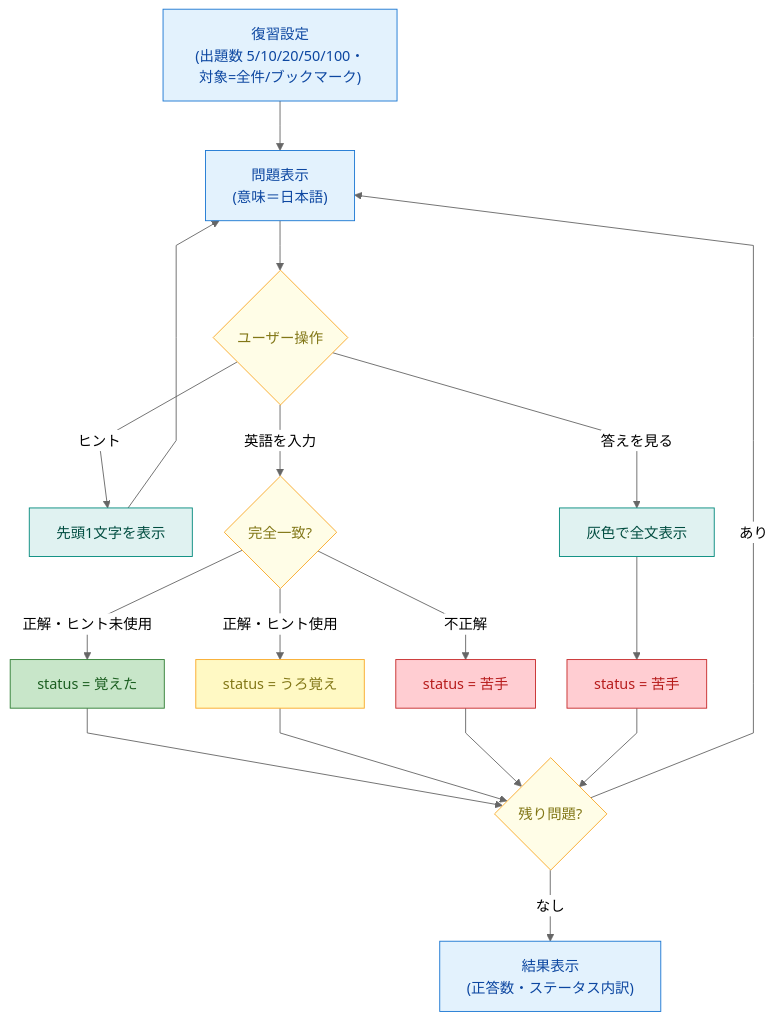
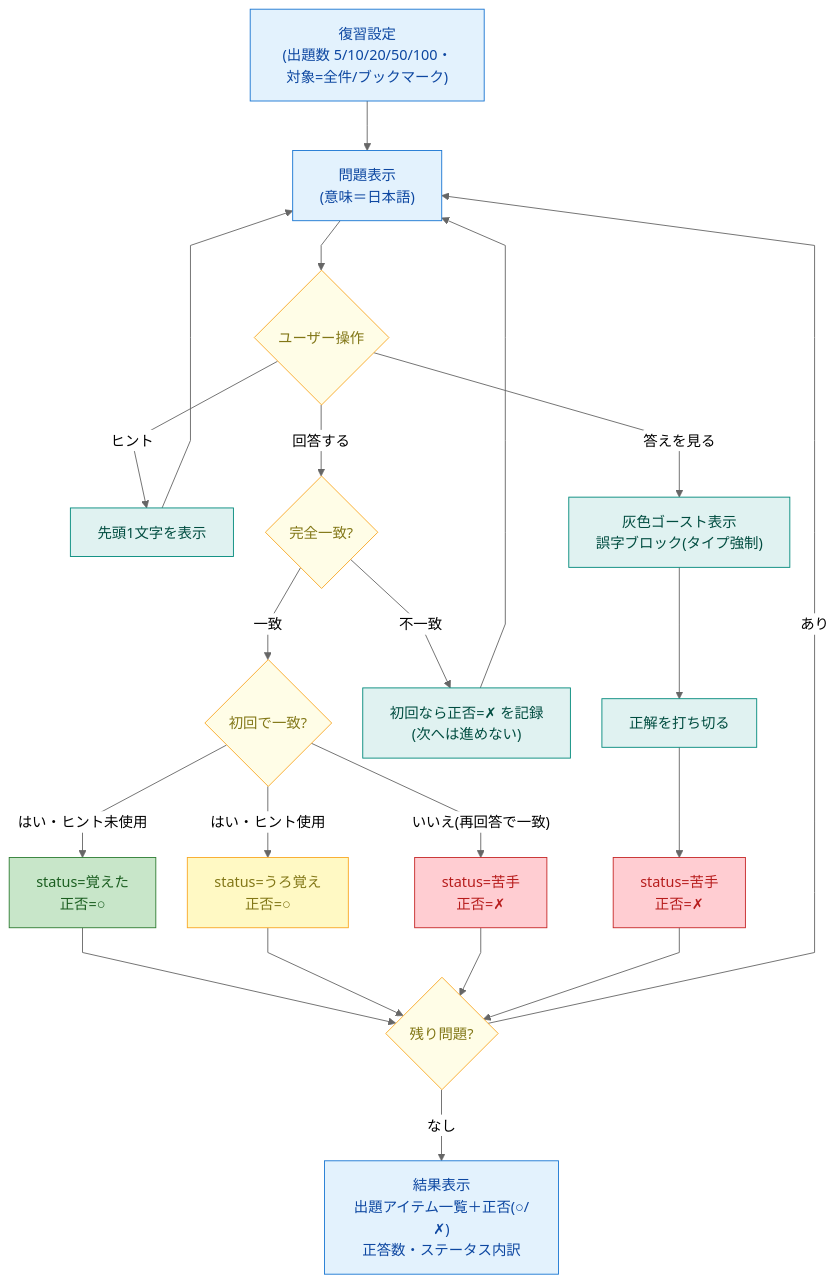
One commit to komikonkon/Rakuku changed the fifth of 5 diagrams in docs/screen-flow.md. Above: the diagram before and after it, drawn with Mermaid (neutral theme). The commit also changed other lines of this file and 3 other files, not shown here.

First line of the commit message:
Add typing-recall review rules: retryable answer, type-forcing reveal, result list

````diff
--- a/docs/screen-flow.md
+++ b/docs/screen-flow.md
@@ -106,30 +106,32 @@
 ```mermaid
 %%{init: {'flowchart': {'curve': 'linear', 'nodeSpacing': 35, 'rankSpacing': 55}}}%%
 flowchart TD
     Cfg["復習設定<br/>(出題数 5/10/20/50/100・対象=全件/ブックマーク)"]:::screen --> Q["問題表示<br/>(意味＝日本語)"]:::screen
     Q --> Op{"ユーザー操作"}:::dec
 
     Op -- ヒント --> Hint["先頭1文字を表示"]:::proc --> Q
-    Op -- 英語を入力 --> Judge{"完全一致?"}:::dec
-    Op -- 答えを見る --> Reveal["灰色で全文表示"]:::proc
+    Op -- 答えを見る --> Reveal["灰色ゴースト表示<br/>誤字ブロック(タイプ強制)"]:::proc --> Typed["正解を打ち切る"]:::proc --> SWeak2["status=苦手<br/>正否=✗"]:::weak
+    Op -- 回答する --> Judge{"完全一致?"}:::dec
 
-    Judge -- 正解・ヒント未使用 --> SLearned["status = 覚えた"]:::learned
-    Judge -- 正解・ヒント使用 --> SVague["status = うろ覚え"]:::vague
-    Judge -- 不正解 --> SWeak["status = 苦手"]:::weak
-    Reveal --> SWeak2["status = 苦手"]:::weak
+    Judge -- 不一致 --> Wrong["初回なら正否=✗ を記録<br/>(次へは進めない)"]:::proc --> Q
+    Judge -- 一致 --> Mark{"初回で一致?"}:::dec
+
+    Mark -- はい・ヒント未使用 --> SLearned["status=覚えた<br/>正否=○"]:::learned
+    Mark -- はい・ヒント使用 --> SVague["status=うろ覚え<br/>正否=○"]:::vague
+    Mark -- いいえ(再回答で一致) --> SWeak["status=苦手<br/>正否=✗"]:::weak
 
     SLearned --> Next{"残り問題?"}:::dec
     SVague --> Next
     SWeak --> Next
     SWeak2 --> Next
 
     Next -- あり --> Q
-    Next -- なし --> Result["結果表示<br/>(正答数・ステータス内訳)"]:::screen
+    Next -- なし --> Result["結果表示<br/>出題アイテム一覧＋正否(○/✗)<br/>正答数・ステータス内訳"]:::screen
 
     classDef screen  fill:#E3F2FD,stroke:#1976D2,color:#0D47A1;
     classDef proc    fill:#E0F2F1,stroke:#00897B,color:#004D40;
     classDef dec     fill:#FFFDE7,stroke:#F9A825,color:#827717;
     classDef learned fill:#C8E6C9,stroke:#2E7D32,color:#1B5E20;
     classDef vague   fill:#FFF9C4,stroke:#F9A825,color:#827717;
     classDef weak    fill:#FFCDD2,stroke:#C62828,color:#B71C1C;
 ```
````
